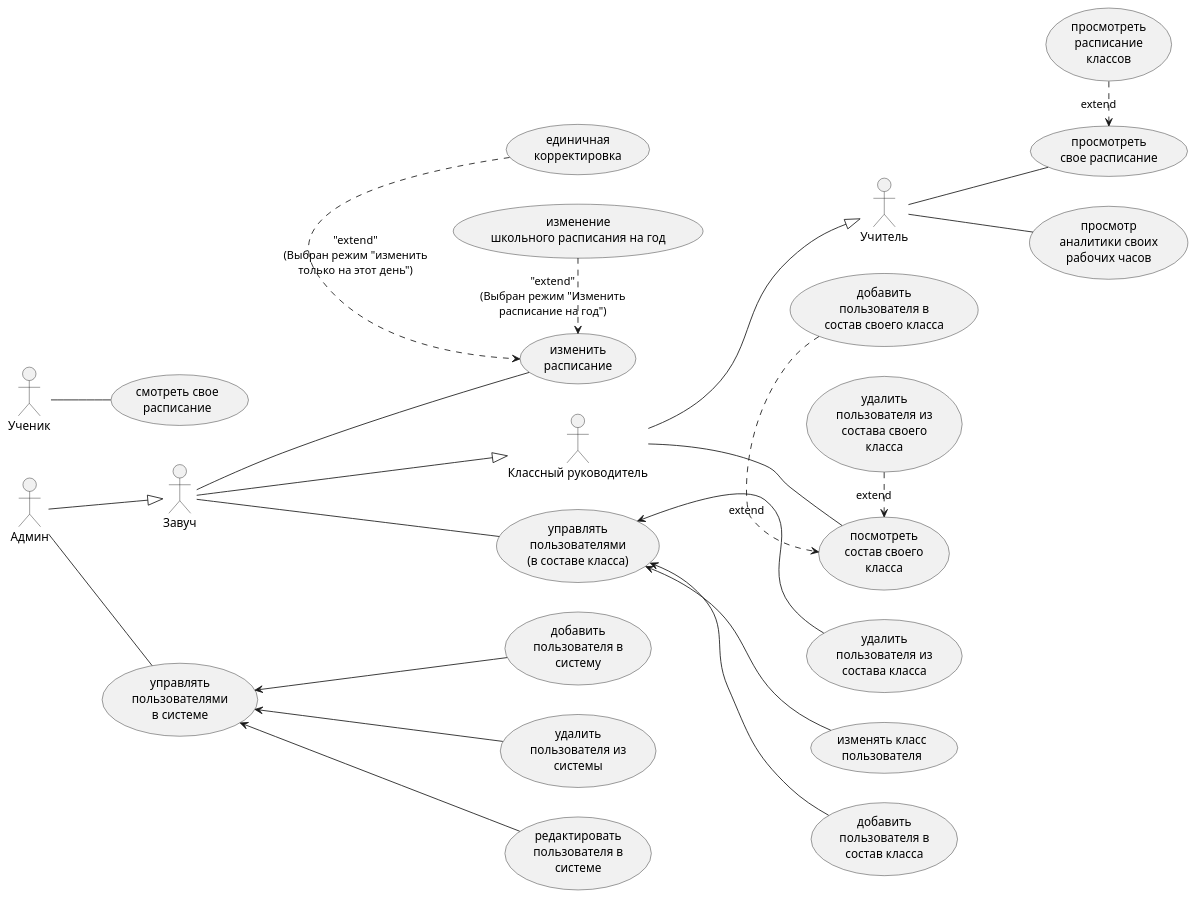
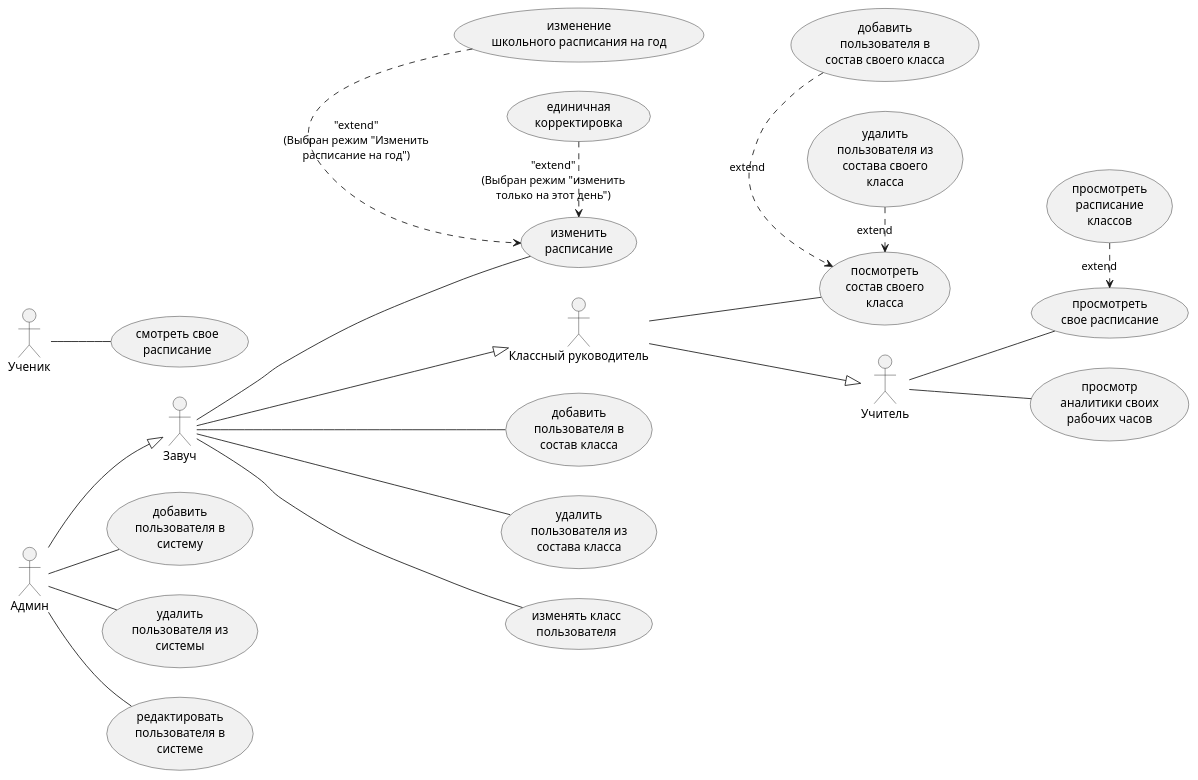
Before and after one commit to Tumbertoy/SystemOfSchoolShedule: the diagram in project_name/docs/diagrams/use_case.puml, drawn with PlantUML.

Commit message:
docs: update use_case diagram

```diff
--- a/project_name/docs/diagrams/use_case.puml
+++ b/project_name/docs/diagrams/use_case.puml
@@ -1,77 +1,75 @@
 @startuml
 ' Настройка стиля, чтобы диаграмма располагалась слева направо
 left to right direction
 
 ' Объявление актеров (Actors)
 actor "Админ" as admin
 actor "Завуч" as zavuch
 actor "Классный руководитель" as klass_ruk
 actor "Учитель" as teacher
 actor "Ученик" as student
 
 ' Иерархия актеров (Стрелки наследования)
 admin --|> zavuch
 zavuch --|> klass_ruk
 klass_ruk --|> teacher
 
 ' Права для Админа
-usecase "управлять\nпользователями\nв системе" as uc_manage_users
+
 usecase "добавить\nпользователя в\nсистему" as uc_add_user
 usecase "удалить\nпользователя из\nсистемы" as uc_del_user
 usecase "редактировать\nпользователя в\nсистеме" as uc_edit_user
 
 ' Права для Завуча
 usecase "изменить\nрасписание" as uc_change_schedule
 usecase "единичная\nкорректировка" as uc_single_corr
 usecase "изменение\nшкольного расписания на год" as uc_curriculum_change
 
-usecase "управлять\nпользователями\n(в составе класса)" as uc_manage_class_users
 usecase "добавить\nпользователя в\nсостав класса" as uc_add_to_class
 usecase "удалить\nпользователя из\nсостава класса" as uc_del_from_class
 usecase "изменять класс\nпользователя" as uc_change_user_class
 
 ' Права для Классного руководителя
 usecase "посмотреть\nсостав своего\nкласса" as uc_view_own_class
 usecase "добавить\nпользователя в\nсостав своего класса" as uc_add_to_own_class
 usecase "удалить\nпользователя из\nсостава своего\nкласса" as uc_del_from_own_class
 
 ' Права для Учителя
 usecase "просмотреть\nсвое расписание" as uc_view_schedule
 usecase "просмотреть\nрасписание\nклассов" as uc_view_class_schedule
 usecase "просмотр\nаналитики своих\nрабочих часов" as uc_view_analytics
 
 ' Права для Ученика
 usecase "смотреть свое\nрасписание" as uc_student_schedule
 
 ' --- СВЯЗИ И СТРЕЛКИ ---
 
 ' Связи Админа
-admin -- uc_manage_users
-uc_manage_users <-- uc_add_user
-uc_manage_users <-- uc_del_user
-uc_manage_users <-- uc_edit_user
+admin -- uc_add_user
+admin -- uc_del_user
+admin -- uc_edit_user
 
 ' Связи Завуча
 zavuch -- uc_change_schedule
 uc_single_corr .> uc_change_schedule : "extend"\n(Выбран режим "изменить\nтолько на этот день")
 uc_curriculum_change .> uc_change_schedule : "extend"\n(Выбран режим "Изменить\nрасписание на год")
 
-zavuch -- uc_manage_class_users
-uc_manage_class_users <-- uc_add_to_class
-uc_manage_class_users <-- uc_del_from_class
-uc_manage_class_users <-- uc_change_user_class
+
+zavuch -- uc_add_to_class
+zavuch -- uc_del_from_class
+zavuch -- uc_change_user_class
 
 ' Связи Классного руководителя
 klass_ruk -- uc_view_own_class
 uc_add_to_own_class .> uc_view_own_class : "extend"
 uc_del_from_own_class .> uc_view_own_class : "extend"
 
 ' Связи Учителя
 teacher -- uc_view_schedule
 uc_view_class_schedule .> uc_view_schedule : "extend"
 teacher -- uc_view_analytics
 
 ' Связи Ученика
 student -- uc_student_schedule
 
 @enduml
```
